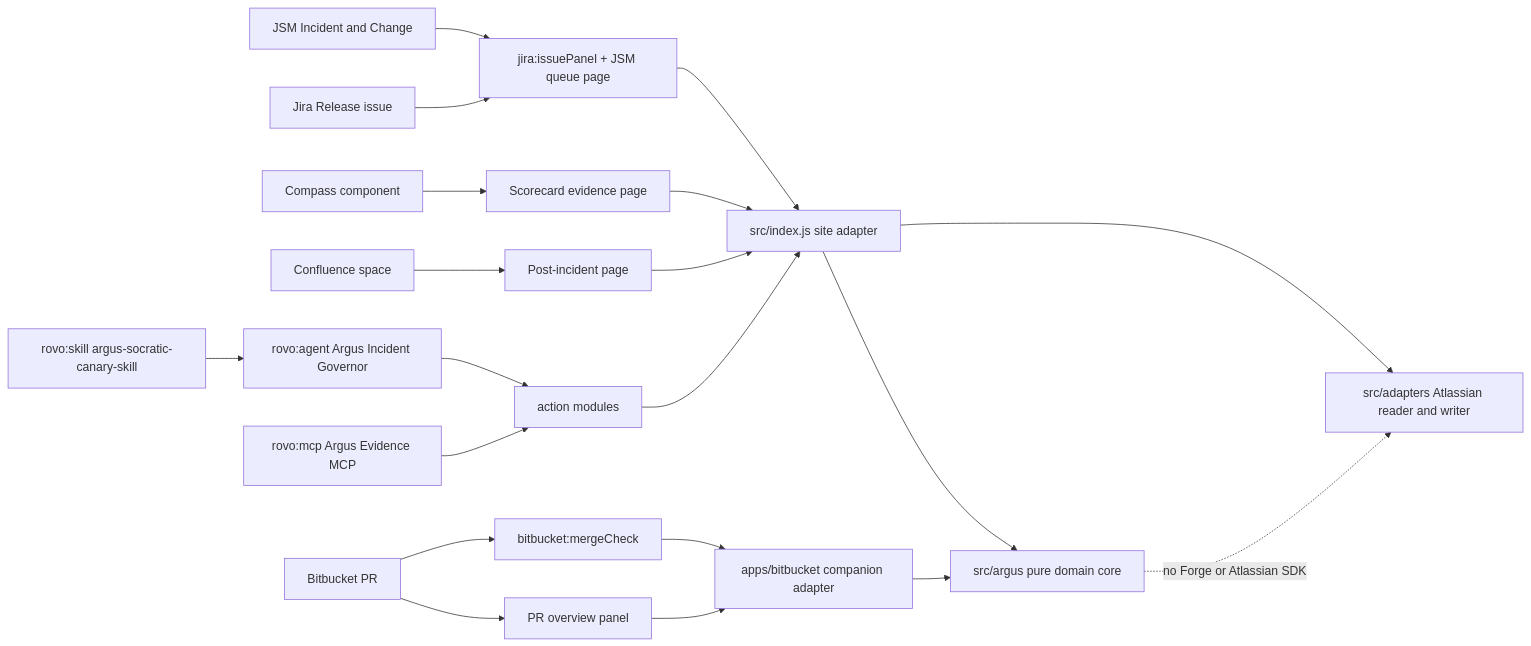
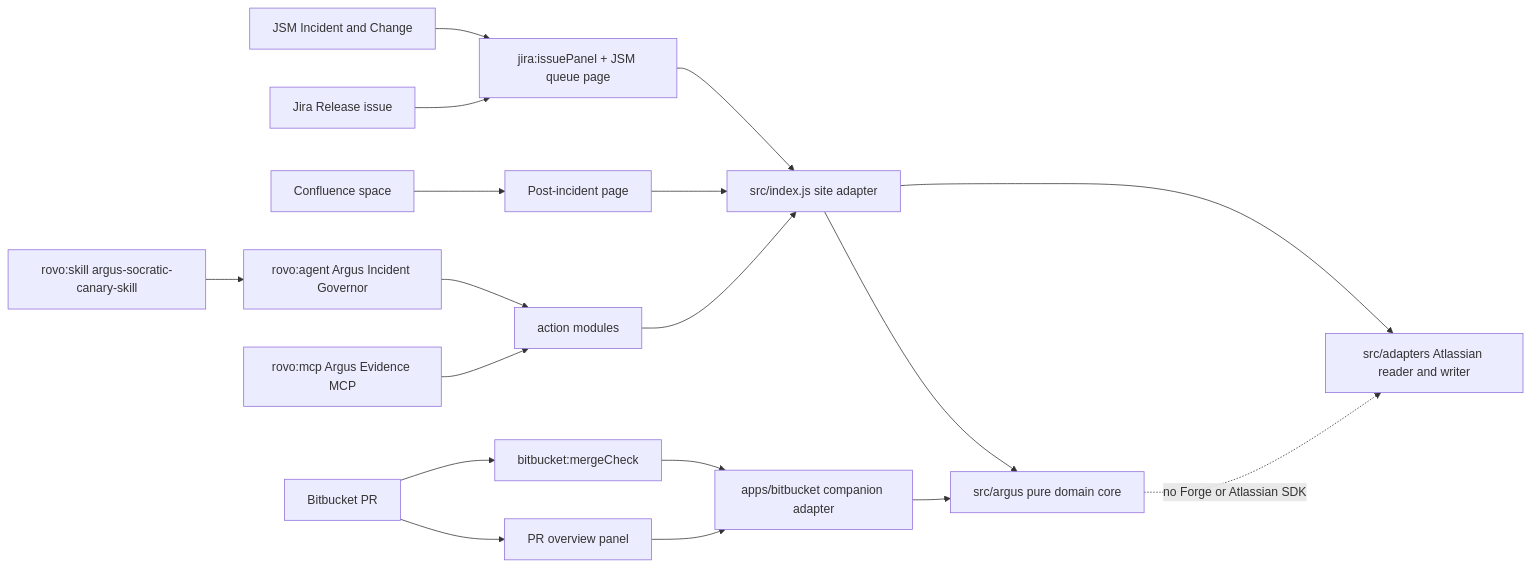
One commit to upgradedev/argus-atlassian changed the first of 2 diagrams in README.md. Above: the diagram before and after it, drawn with Mermaid. The commit also changed other lines of this file and 5 other files, not shown here.

````diff
--- a/README.md
+++ b/README.md
@@ -92,22 +93,20 @@
 ```mermaid
 flowchart LR
   JSM[JSM Incident and Change] --> Panel[jira:issuePanel + JSM queue page]
   Jira[Jira Release issue] --> Panel
   BB[Bitbucket PR] --> Merge[bitbucket:mergeCheck]
   BB --> PRPanel[PR overview panel]
-  Compass[Compass component] --> CPage[Scorecard evidence page]
   Conf[Confluence space] --> PIR[Post-incident page]
   Panel --> Adapter[src/index.js site adapter]
   Merge --> BBAdapter[apps/bitbucket companion adapter]
   PRPanel --> BBAdapter
-  CPage --> Adapter
   PIR --> Adapter
   Agent[rovo:agent Argus Incident Governor] --> Actions[action modules]
   MCP[rovo:mcp Argus Evidence MCP] --> Actions
   Skill[rovo:skill argus-socratic-canary-skill] --> Agent
   Actions --> Adapter
   Adapter --> Core[src/argus pure domain core]
   BBAdapter --> Core
   Adapter --> Atl[src/adapters Atlassian reader and writer]
   Core -. no Forge or Atlassian SDK .-> Atl
 ```
````
